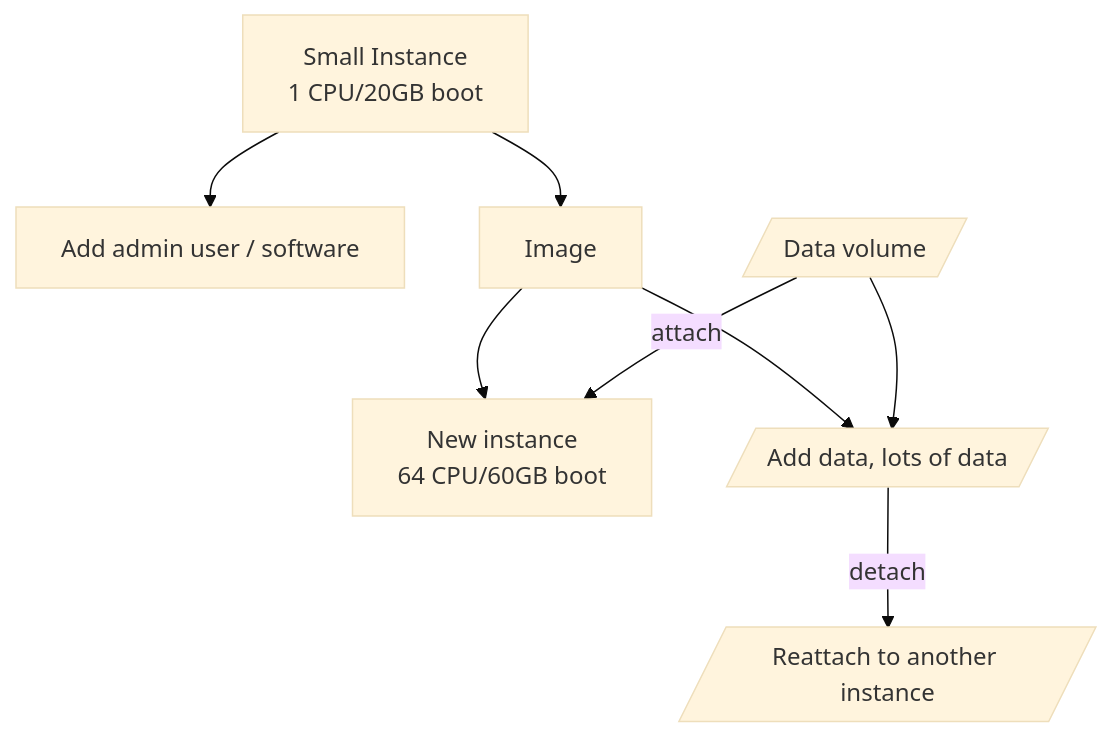
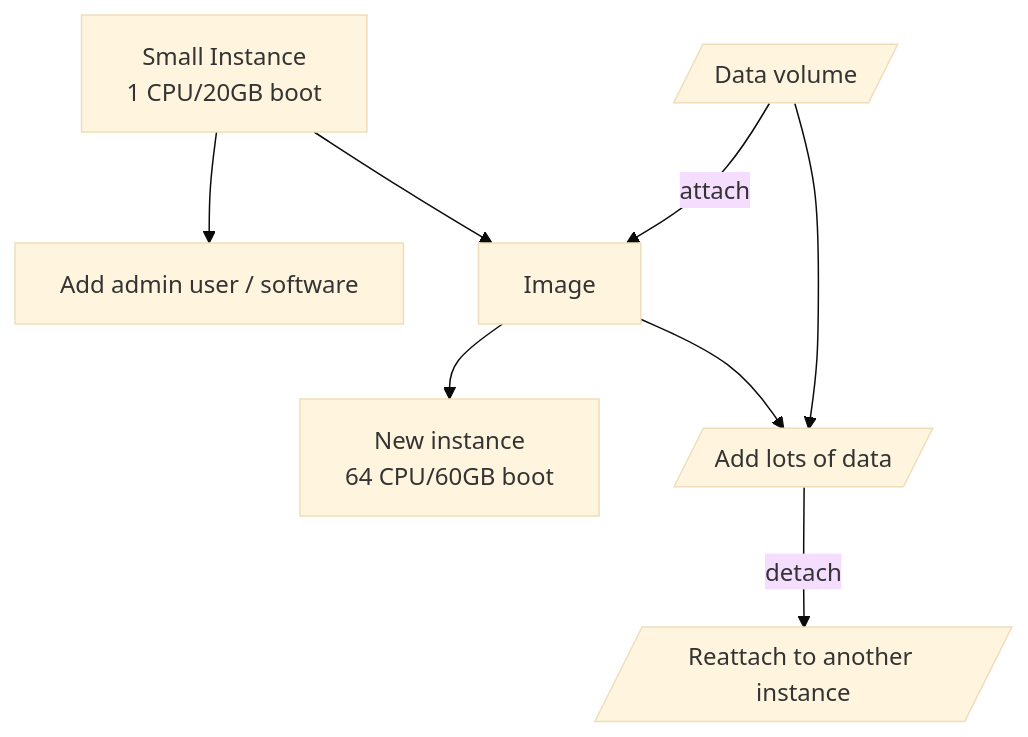
The diagram in getting-started.md (AntibodyEngineers/2024-Antibodies-and-AI), drawn with Mermaid (base theme) before and after one commit.

````diff
--- a/getting-started.md
+++ b/getting-started.md
@@ -7,10 +7,10 @@
 ```mermaid
     graph TD
     
     A[Small Instance<br/>1 CPU/20GB boot] --> B[Add admin user / software]
-    A-->C[Image] --> D[New instance<br/>64 CPU/60GB boot]
+    A --> C[Image] --> D[New instance<br/>64 CPU/60GB boot]
     E[/Data volume/]
-    E -- attach --> D
+    E -- attach --> C
     C --> F[Another instance]
-    E-->F[/Add data, lots of data/] -- detach --> G[/Reattach to another instance/]
+    E --> F[/Add lots of data/] -- detach --> G[/Reattach to another instance/]
 ```
````
